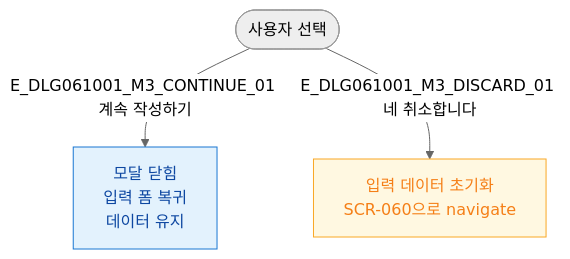
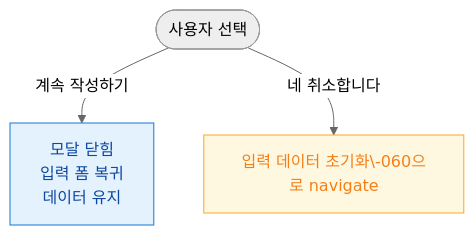
One commit to dev-spogym/admin-pando changed the diagram in docs/다이어그램/D07_직원관리/DLG/DLG-061-001/M3_결과분기.md. Above: the diagram before and after it, drawn with Mermaid (neutral theme). The commit also changed other lines of this file and 1660 other files, not shown here.

First line of the commit message:
다이어그램: 기획자/클라이언트 납품본으로 정리

````diff
--- a/docs/다이어그램/D07_직원관리/DLG/DLG-061-001/M3_결과분기.md
+++ b/docs/다이어그램/D07_직원관리/DLG/DLG-061-001/M3_결과분기.md
@@ -14,13 +12,13 @@
 ```mermaid
 flowchart TD
   ACTION([사용자 선택])
-  ACTION -->|E_DLG061001_M3_CONTINUE_01 계속 작성하기| STAY[모달 닫힘\n입력 폼 복귀\n데이터 유지]
-  ACTION -->|E_DLG061001_M3_DISCARD_01 네 취소합니다| DISCARD[입력 데이터 초기화\nSCR-060으로 navigate]
+  ACTION -->|계속 작성하기|STAY[모달 닫힘\n입력 폼 복귀\n데이터 유지]
+  ACTION -->|네 취소합니다|DISCARD[입력 데이터 초기화\-060으로 navigate]
 
-  classDef screen  fill:#E3F2FD,stroke:#1976D2,color:#0D47A1
+  classDef screen fill:#E3F2FD,stroke:#1976D2,color:#0D47A1
   classDef warning fill:#FFF8E1,stroke:#F9A825,color:#F57F17
-  classDef system  fill:#EDE7F6,stroke:#5E35B2
+  classDef system fill:#EDE7F6,stroke:#5E35B2
 
   class STAY screen
   class DISCARD warning
 ```
````
